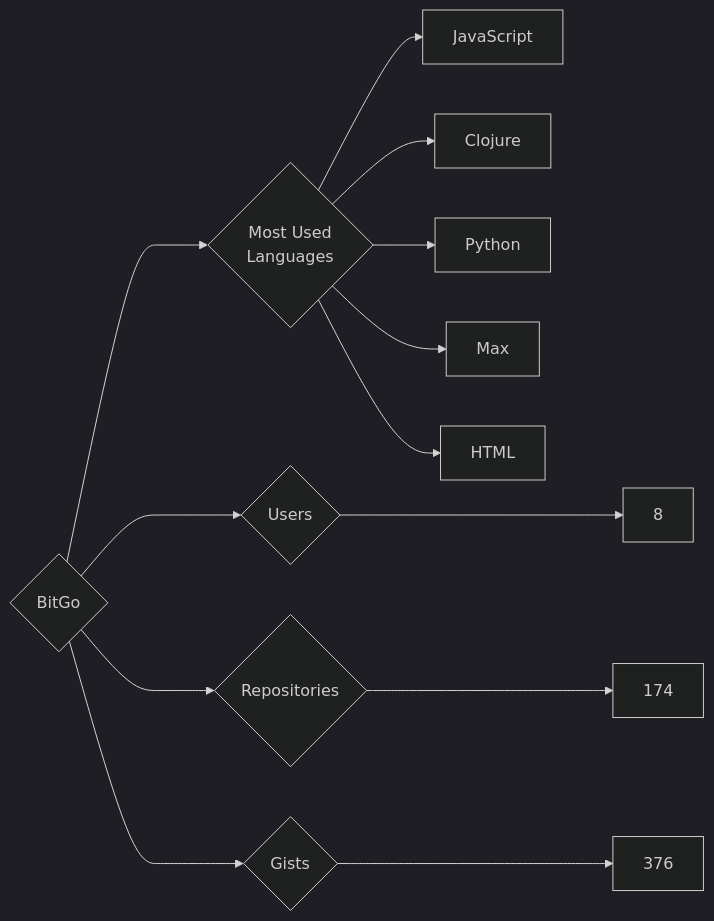
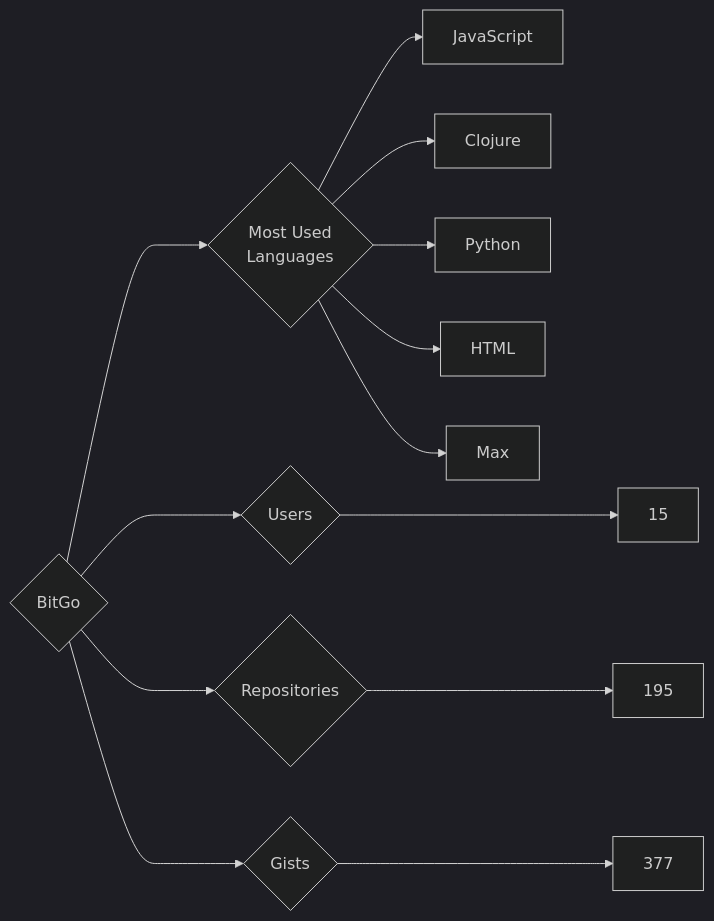
One commit to trickest/insiders changed the diagram in targets/BitGo/README.md. Above: the diagram before and after it, drawn with Mermaid (dark theme). The commit also changed 783 other files, not shown here.

````diff
--- a/targets/BitGo/README.md
+++ b/targets/BitGo/README.md
@@ -3,13 +3,13 @@
 ```mermaid
 graph LR
 COMPANY_NAME{BitGo}
-COMPANY_NAME ---> U{Users} ---> UN[8]
-COMPANY_NAME ---> R{Repositories} ---> RN[174]
-COMPANY_NAME ---> G{Gists} ---> GN[376]
+COMPANY_NAME ---> U{Users} ---> UN[15]
+COMPANY_NAME ---> R{Repositories} ---> RN[195]
+COMPANY_NAME ---> G{Gists} ---> GN[377]
 COMPANY_NAME ---> ML{Most Used<br>Languages}
 ML --> JavaScript[JavaScript]
 ML --> Clojure[Clojure]
 ML --> Python[Python]
+ML --> HTML[HTML]
 ML --> Max[Max]
-ML --> HTML[HTML]
 ```
````
